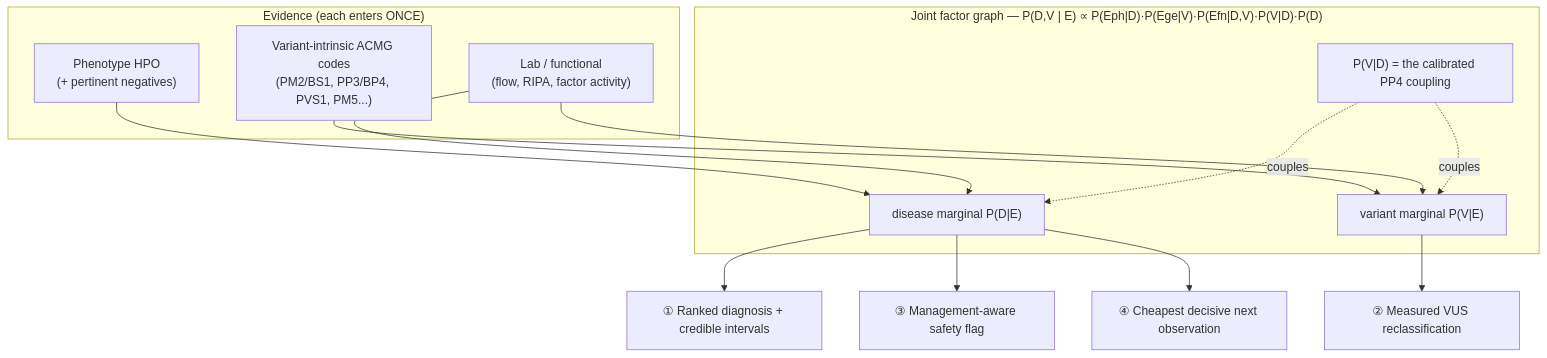
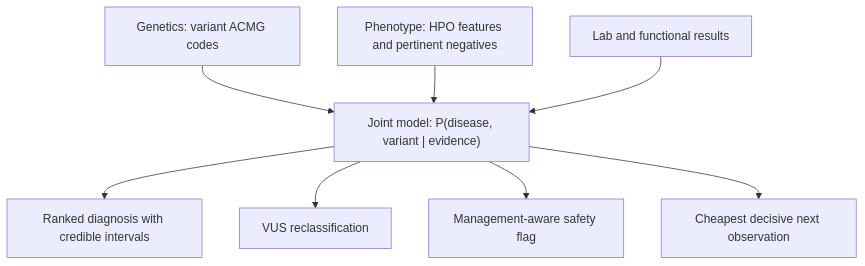
Before and after one commit to ahmedanees-m/omnivar-navigator: the diagram in README.md, drawn with Mermaid. The commit also changed other lines of this file and 1 other file, not shown here.

First line of the commit message:
Rename repo to discern; professional README (ASCII, simple diagram, accurate structure)

````diff
--- a/README.md
+++ b/README.md
@@ -73,23 +58,10 @@
 ```mermaid
-flowchart TB
-    subgraph EV["Evidence (each enters ONCE)"]
-        PH["Phenotype HPO<br/>(+ pertinent negatives)"]
-        GE["Variant-intrinsic ACMG codes<br/>(PM2/BS1, PP3/BP4, PVS1, PM5...)"]
-        FU["Lab / functional<br/>(flow, RIPA, factor activity)"]
-    end
-    subgraph CORE["Joint factor graph — P(D,V | E) ∝ P(Eph|D)·P(Ege|V)·P(Efn|D,V)·P(V|D)·P(D)"]
-        D["disease marginal P(D|E)"]
-        V["variant marginal P(V|E)"]
-        CP["P(V|D) = the calibrated PP4 coupling"]
-    end
-    PH --> D
-    GE --> V
-    FU --> D
-    FU --> V
-    CP -. couples .-> D
-    CP -. couples .-> V
-    D --> OUT1["① Ranked diagnosis + credible intervals"]
-    V --> OUT2["② Measured VUS reclassification"]
-    D --> OUT3["③ Management-aware safety flag"]
-    D --> OUT4["④ Cheapest decisive next observation"]
+flowchart TD
+    G["Genetics: variant ACMG codes"] --> J
+    P["Phenotype: HPO features and pertinent negatives"] --> J
+    L["Lab and functional results"] --> J
+    J["Joint model: P(disease, variant | evidence)"] --> O1["Ranked diagnosis with credible intervals"]
+    J --> O2["VUS reclassification"]
+    J --> O3["Management-aware safety flag"]
+    J --> O4["Cheapest decisive next observation"]
 ```
````
